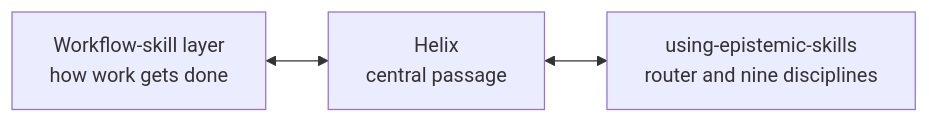
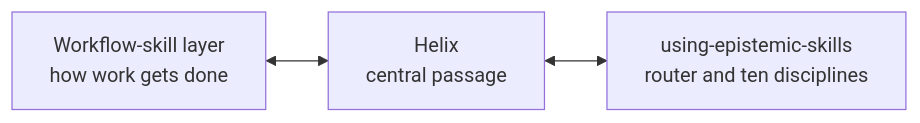
One commit to ZMS-Labs/epistemic-skills changed the first of 2 diagrams in README.md. Above: the diagram before and after it, drawn with Mermaid. The commit also changed other lines of this file and 16 other files, not shown here.

````diff
--- a/README.md
+++ b/README.md
@@ -106,5 +106,5 @@
 ```mermaid
 flowchart LR
     W["Workflow-skill layer<br/>how work gets done"] <--> H["Helix<br/>central passage"]
-    H <--> E["using-epistemic-skills<br/>router and nine disciplines"]
+    H <--> E["using-epistemic-skills<br/>router and ten disciplines"]
 ```
````
